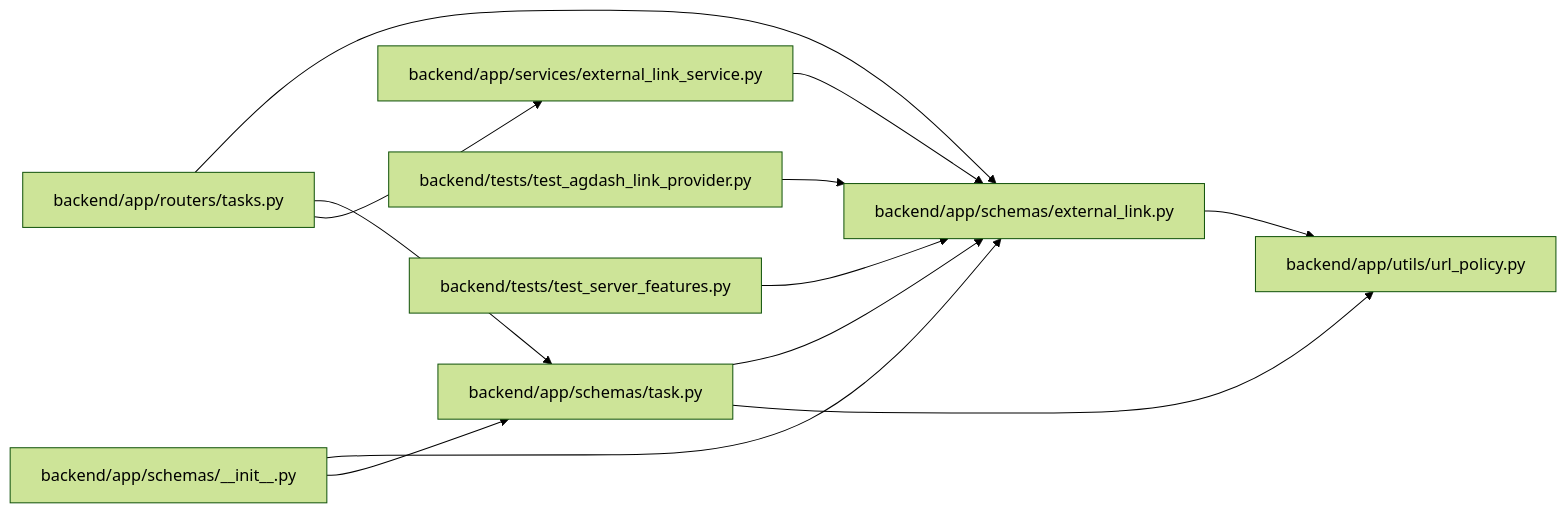
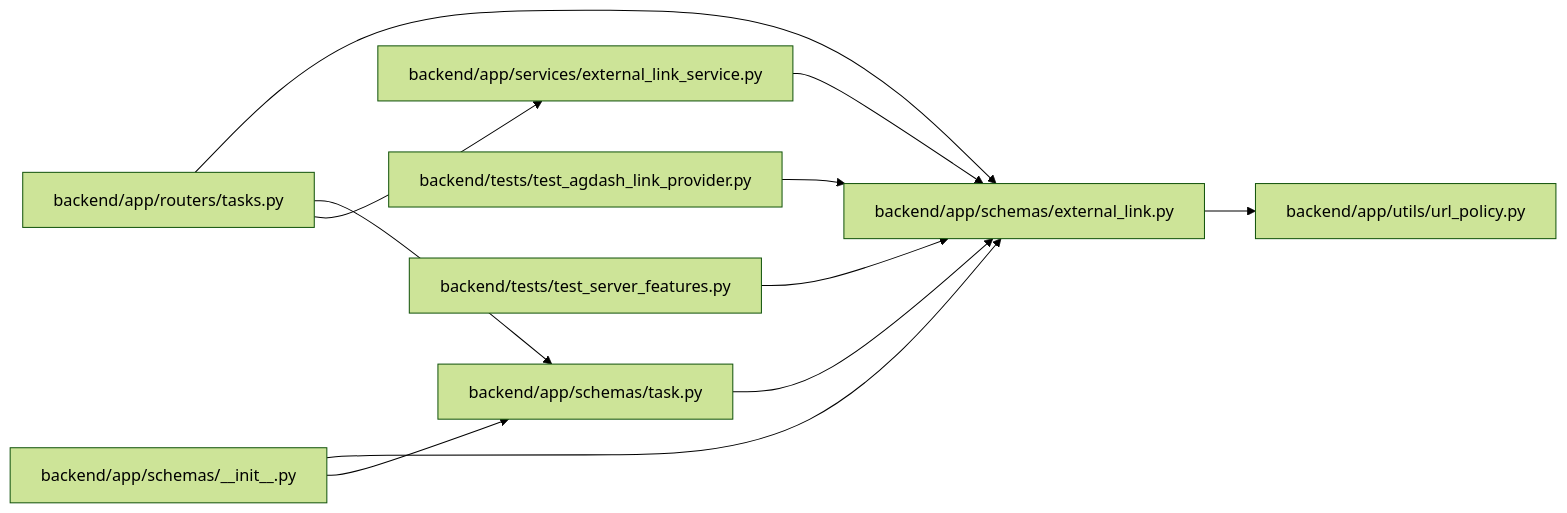
The diagram in docs/llm_wiki/modules/schemas_external_link.md (Denissvgn/WorkChord), drawn with Mermaid (forest theme) before and after one commit. The commit also changed 910 other files, not shown here.

Commit message:
Sync the architectural wiki for the intake source link policy

````diff
--- a/docs/llm_wiki/modules/schemas_external_link.md
+++ b/docs/llm_wiki/modules/schemas_external_link.md
@@ -22,30 +22,29 @@
 ```mermaid
 flowchart LR
     n0["backend/app/routers/tasks.py"]
     n1["backend/app/schemas/__init__.py"]
     n2["backend/app/schemas/external_link.py"]
     n3["backend/app/schemas/task.py"]
     n4["backend/app/services/external_link_service.py"]
     n5["backend/app/utils/url_policy.py"]
     n6["backend/tests/test_agdash_link_provider.py"]
     n7["backend/tests/test_server_features.py"]
     n0 --> n2
     n0 --> n3
     n0 --> n4
     n1 --> n2
     n1 --> n3
     n2 --> n5
     n3 --> n2
-    n3 --> n5
     n4 --> n2
     n6 --> n2
     n7 --> n2
     click n0 "../modules/tasks.md"
     click n1 "../modules/schemas___init__.md"
     click n2 "../modules/schemas_external_link.md"
     click n3 "../modules/schemas_task.md"
     click n4 "../modules/external_link_service.md"
     click n5 "../modules/url_policy.md"
     click n6 "../modules/test_agdash_link_provider.md"
     click n7 "../modules/test_server_features.md"
 ```
````
